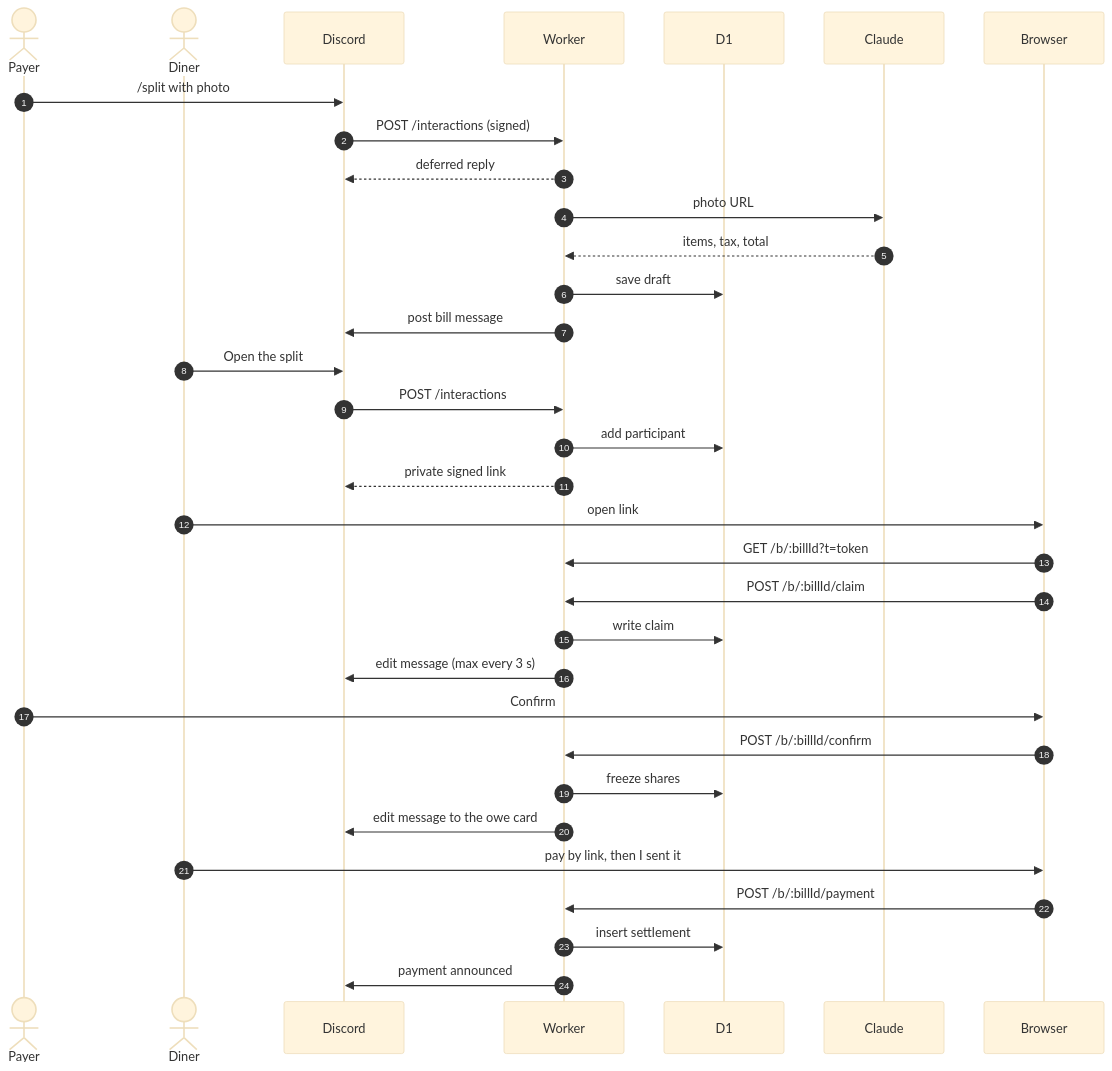
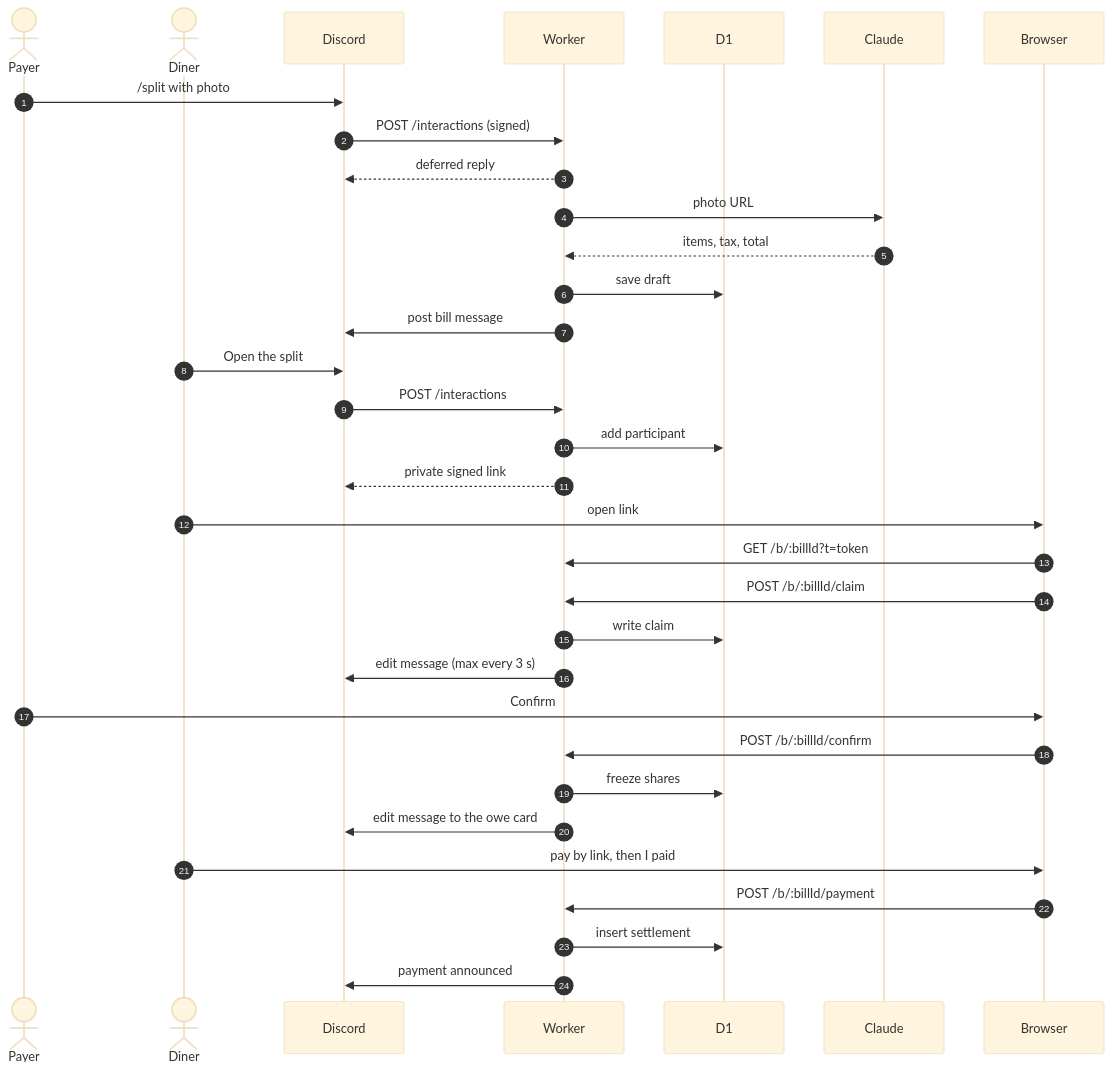
Before and after one commit to gavinlin24/aazhi: the second of 2 diagrams in docs/architecture.md, drawn with Mermaid (base theme). The commit also changed other lines of this file and 10 other files, not shown here.

````diff
--- a/docs/architecture.md
+++ b/docs/architecture.md
@@ -123,36 +123,36 @@
 ```mermaid
 sequenceDiagram
   autonumber
   actor Payer
   actor Diner
   participant D as Discord
   participant W as Worker
   participant DB as D1
   participant C as Claude
   participant B as Browser
 
   Payer->>D: /split with photo
   D->>W: POST /interactions (signed)
   W-->>D: deferred reply
   W->>C: photo URL
   C-->>W: items, tax, total
   W->>DB: save draft
   W->>D: post bill message
   Diner->>D: Open the split
   D->>W: POST /interactions
   W->>DB: add participant
   W-->>D: private signed link
   Diner->>B: open link
   B->>W: GET /b/:billId?t=token
   B->>W: POST /b/:billId/claim
   W->>DB: write claim
   W->>D: edit message (max every 3 s)
   Payer->>B: Confirm
   B->>W: POST /b/:billId/confirm
   W->>DB: freeze shares
   W->>D: edit message to the owe card
-  Diner->>B: pay by link, then I sent it
+  Diner->>B: pay by link, then I paid
   B->>W: POST /b/:billId/payment
   W->>DB: insert settlement
   W->>D: payment announced
 ```
````
